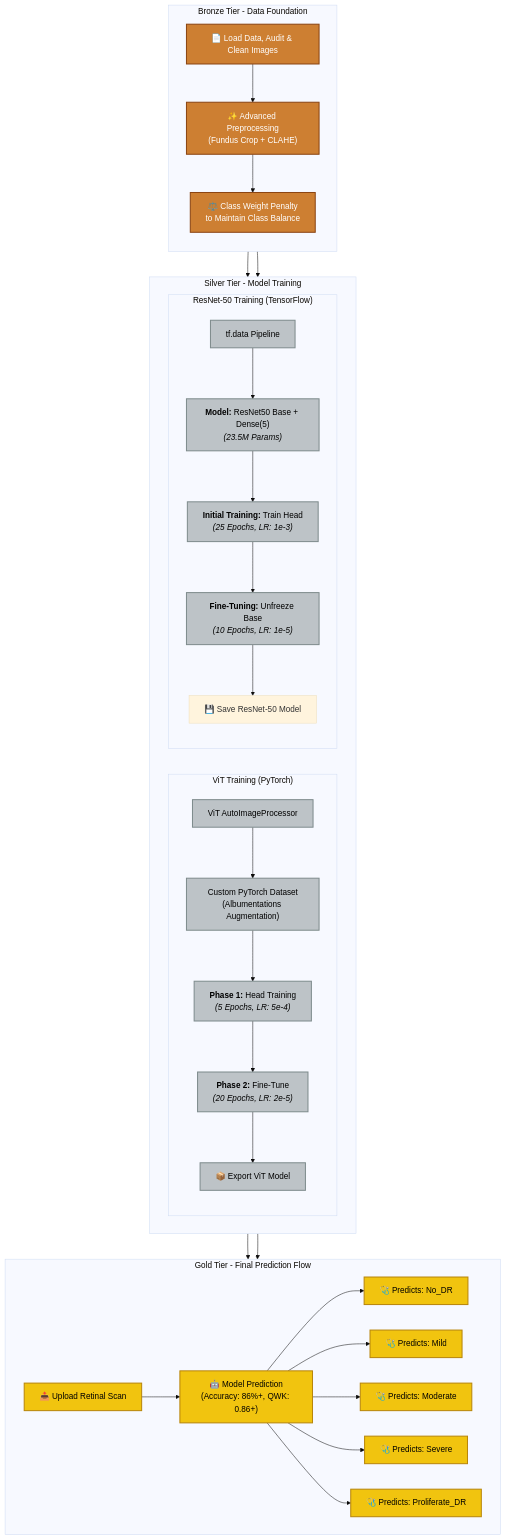
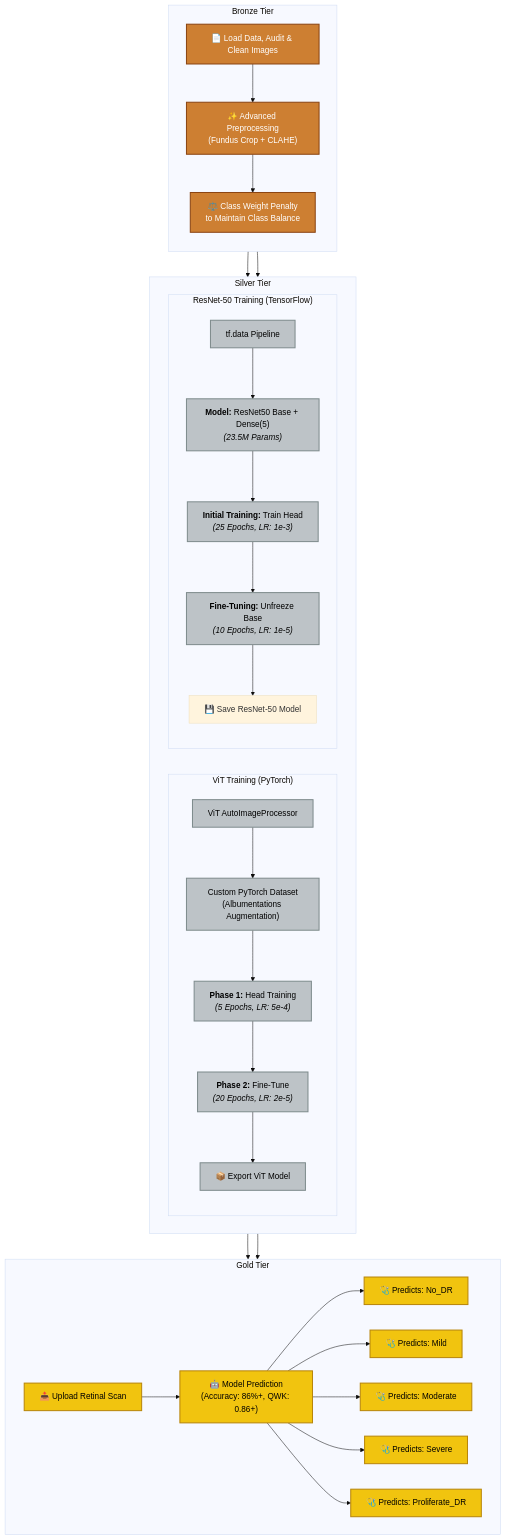
One commit to Yeshwanth-git-tech/DiabeticRetinopathy-ViT-Resnet changed the diagram in README.md. Above: the diagram before and after it, drawn with Mermaid (base theme).

Commit message:
Edit README-f

````diff
--- a/README.md
+++ b/README.md
@@ -7,55 +7,55 @@
 ```mermaid
  flowchart TB
      %% --- Style Definitions ---
      classDef bronzeStyle fill:#cd7f32,stroke:#8B4513,stroke-width:2px,color:#ffffff
      classDef silverStyle fill:#bdc3c7,stroke:#7f8c8d,stroke-width:2px,color:#000000
      classDef goldStyle fill:#f1c40f,stroke:#b8860b,stroke-width:2px,color:#000000
  
-     %% --- BRONZE TIER: Data Pipeline ---
-     subgraph Bronze Tier - Data Foundation
+     %% --- BRONZE TIER ---
+     subgraph Bronze Tier 
          direction TB
          A["📄 Load Data, Audit & Clean Images"] --> B["✨ Advanced Preprocessing<br/>(Fundus Crop + CLAHE)"]
          B --> C["⚖️ Class Weight Penalty<br/>to Maintain Class Balance"]
      end
      class A,B,C bronzeStyle
  
-     %% --- SILVER TIER: Model Training ---
-     subgraph Silver Tier - Model Training
+     %% --- SILVER TIER ---
+     subgraph Silver Tier 
          direction LR
  
          subgraph "ViT Training (PyTorch)"
              direction TB
              G1["ViT AutoImageProcessor"] --> G2["Custom PyTorch Dataset<br/>(Albumentations Augmentation)"]
              G2 --> G3["<b>Phase 1:</b> Head Training<br/><i>(5 Epochs, LR: 5e-4)</i>"]
              G3 --> G4["<b>Phase 2:</b> Fine-Tune<br/><i>(20 Epochs, LR: 2e-5)</i>"]
              G4 --> G5["📦 Export ViT Model"]
          end
  
          subgraph "ResNet-50 Training (TensorFlow)"
              direction TB
              H1["tf.data Pipeline"] --> H2["<b>Model:</b> ResNet50 Base + Dense(5)<br/><i>(23.5M Params)</i>"]
              H2 --> H3["<b>Initial Training:</b> Train Head<br/><i>(25 Epochs, LR: 1e-3)</i>"]
              H3 --> H4["<b>Fine-Tuning:</b> Unfreeze Base<br/><i>(10 Epochs, LR: 1e-5)</i>"]
              H4 --> H5["💾 Save ResNet-50 Model"]
          end
      end
      class G1,G2,G3,G4,G5,H1,H2,H3,H4 silverStyle
  
-     %% --- GOLD TIER: Final Product ---
-     subgraph Gold Tier - Final Prediction Flow
+     %% --- GOLD TIER ---
+     subgraph Gold Tier 
          direction LR
          I1["📤 Upload Retinal Scan"] --> I2["🤖 Model Prediction<br/>(Accuracy: 86%+, QWK: 0.86+)"]
          I2 --> I3["🩺 Predicts: No_DR"]
          I2 --> I4["🩺 Predicts: Mild"]
          I2 --> I5["🩺 Predicts: Moderate"]
          I2 --> I6["🩺 Predicts: Severe"]
          I2 --> I7["🩺 Predicts: Proliferate_DR"]
      end
      class I1,I2,I3,I4,I5,I6,I7 goldStyle
  
      %% --- Connections ---
      C --> G1
      C --> H1
      G5 --> I1
      H5 --> I1
 ```
````
